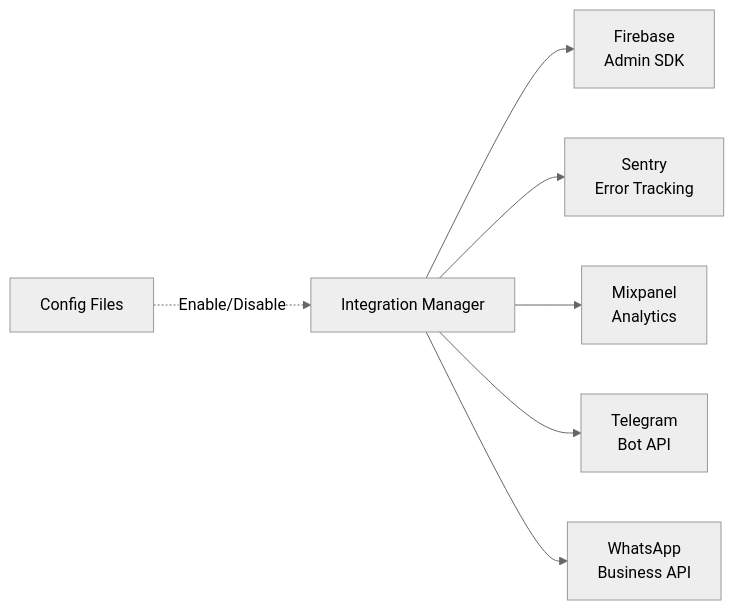
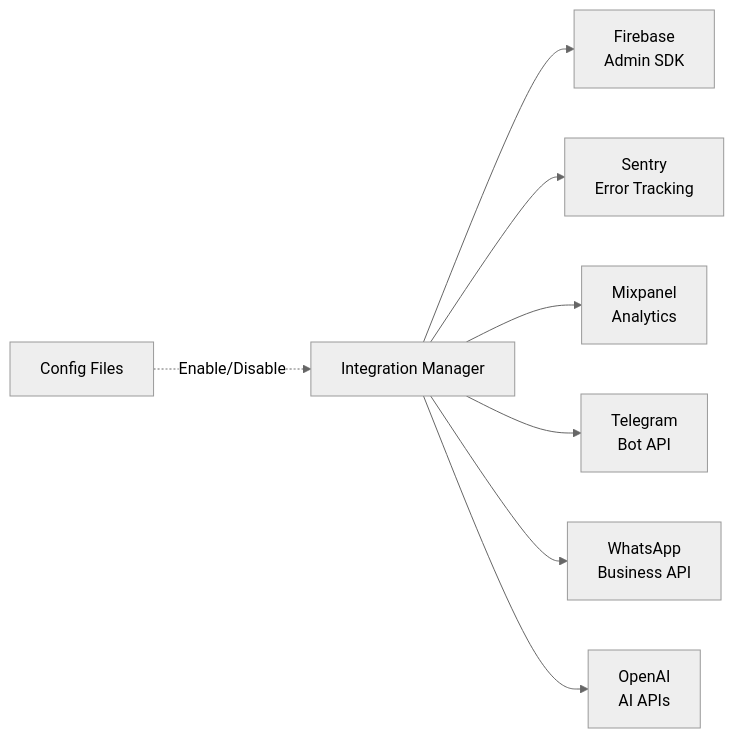
The ninth of 16 diagrams in README.md (gurkanfikretgunak/masterfabric_serverpod), drawn with Mermaid (neutral theme) before and after one commit. The commit also changed other lines of this file, not shown here.

````diff
--- a/README.md
+++ b/README.md
@@ -875,10 +883,11 @@
 ```mermaid
 graph LR
     IntMgr[Integration Manager] --> Firebase[Firebase<br/>Admin SDK]
     IntMgr --> Sentry[Sentry<br/>Error Tracking]
     IntMgr --> Mixpanel[Mixpanel<br/>Analytics]
     IntMgr --> Telegram[Telegram<br/>Bot API]
     IntMgr --> WhatsApp[WhatsApp<br/>Business API]
+    IntMgr --> OpenAI[OpenAI<br/>AI APIs]
     
     Config[Config Files] -.->|Enable/Disable| IntMgr
 ```
````
